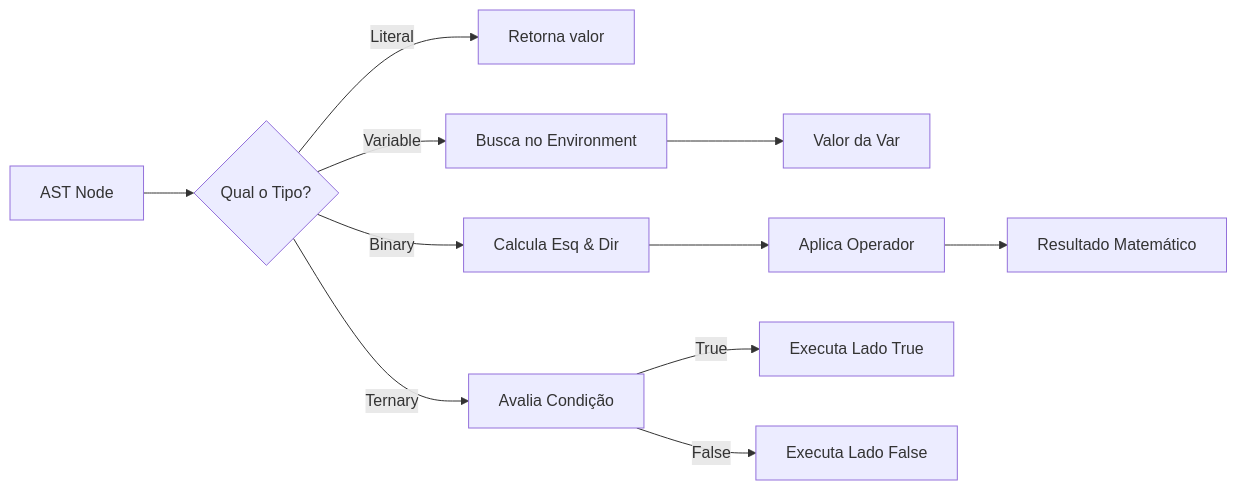
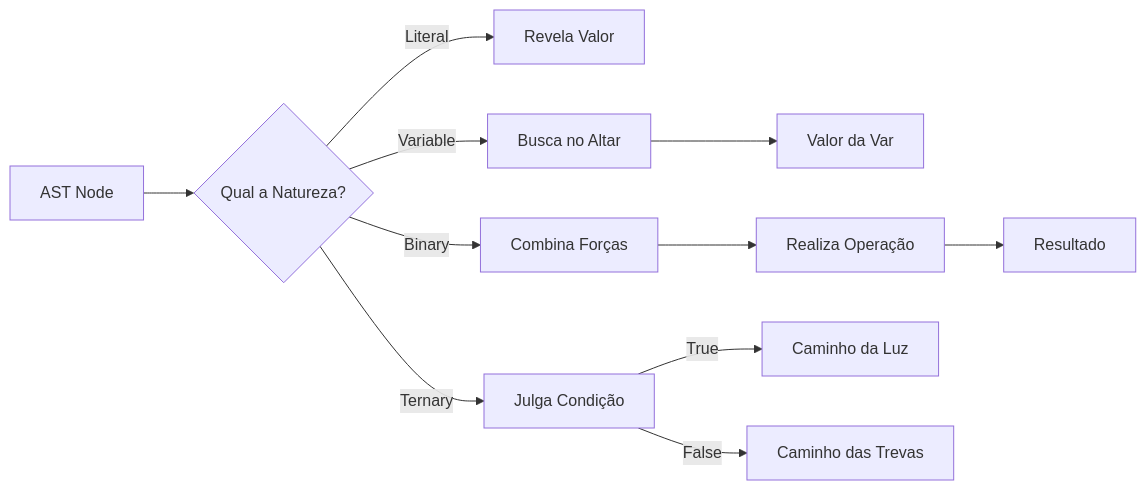
One commit to EduLoboM/OldFaith changed the second of 3 diagrams in documentation/interpreter.md. Above: the diagram before and after it, drawn with Mermaid. The commit also changed other lines of this file and 14 other files, not shown here.

````diff
--- a/documentation/interpreter.md
+++ b/documentation/interpreter.md
@@ -24,22 +24,22 @@
 ```mermaid
 
 graph LR
 
     %% Entrada
-    Input[AST Node]:::input --> Dispatch{Qual o Tipo?}:::logic
+    Input[AST Node]:::input --> Dispatch{Qual a Natureza?}:::logic
 
     %% Caminhos
-    Dispatch -->|Literal| Lit["Retorna valor"]:::result
+    Dispatch -->|Literal| Lit["Revela Valor"]:::result
     
-    Dispatch -->|Variable| Var["Busca no Environment"]:::process
+    Dispatch -->|Variable| Var["Busca no Altar"]:::process
     Var --> ResVar[Valor da Var]:::result
 
-    Dispatch -->|Binary| Bin["Calcula Esq & Dir"]:::process
-    Bin --> Math["Aplica Operador"]:::process
-    Math --> ResBin[Resultado Matemático]:::result
+    Dispatch -->|Binary| Bin["Combina Forças"]:::process
+    Bin --> Math["Realiza Operação"]:::process
+    Math --> ResBin[Resultado]:::result
 
-    Dispatch -->|Ternary| Tern["Avalia Condição"]:::process
-    Tern -->|True| BranchA["Executa Lado True"]:::process
-    Tern -->|False| BranchB["Executa Lado False"]:::process
+    Dispatch -->|Ternary| Tern["Julga Condição"]:::process
+    Tern -->|True| BranchA["Caminho da Luz"]:::process
+    Tern -->|False| BranchB["Caminho das Trevas"]:::process
 
 ```
````
